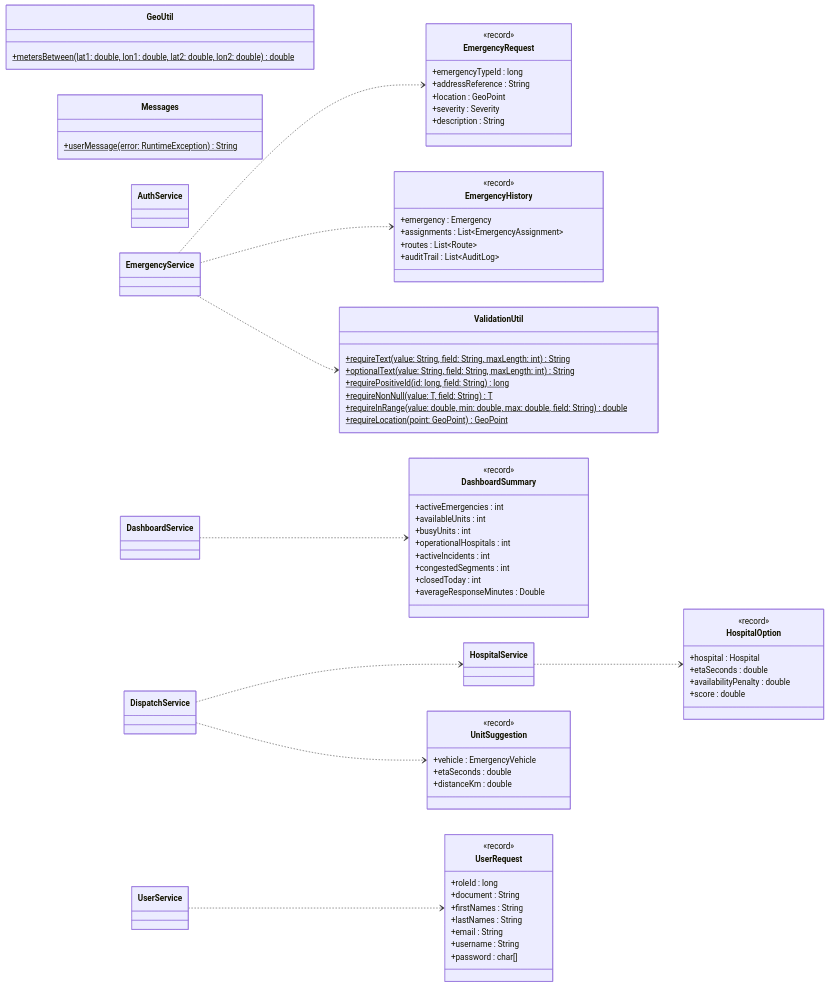
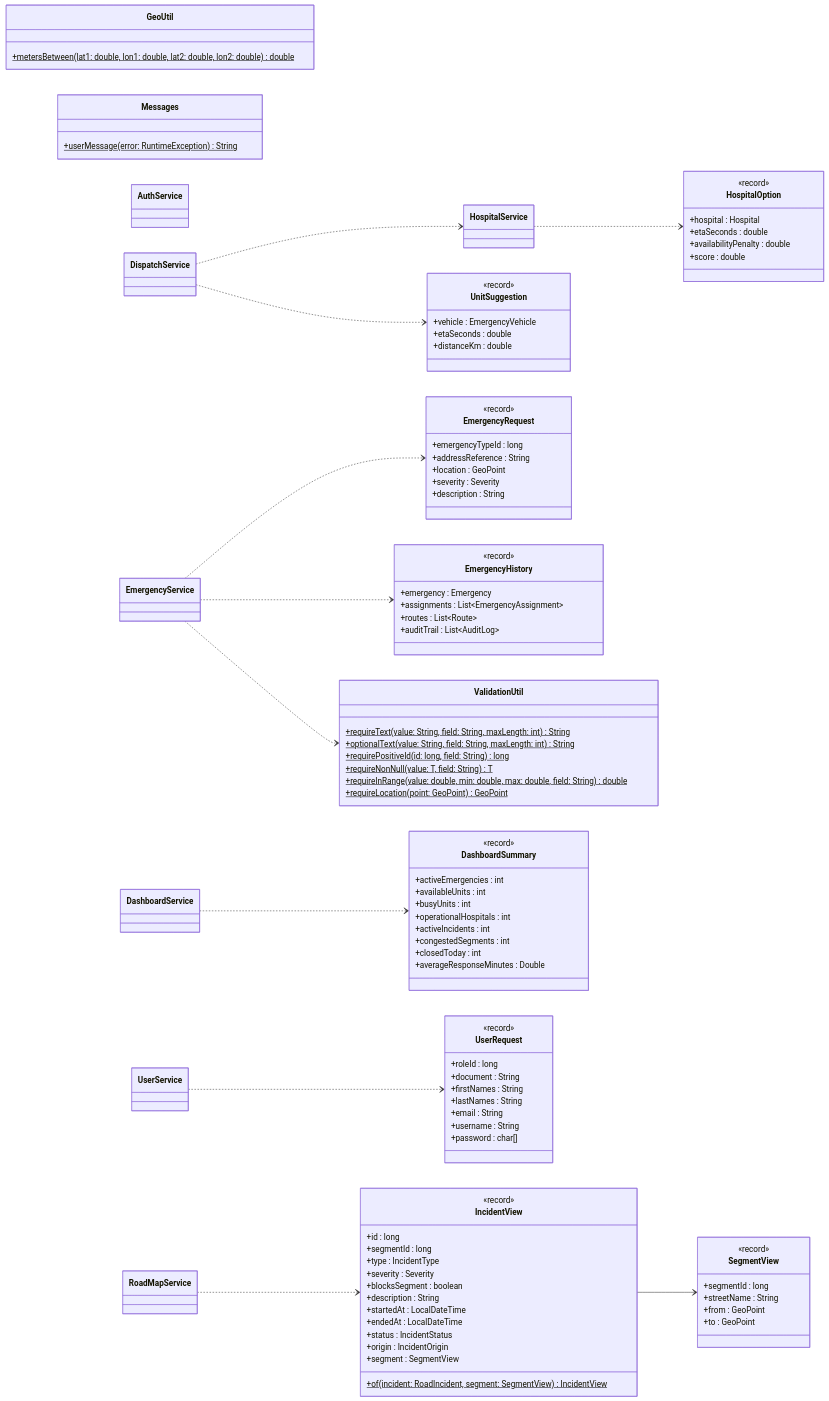
Before and after one commit to afzabaleta/RutaVida: diagram 16 of 24 in docs/class-diagram.md, drawn with Mermaid. The commit also changed other lines of this file and 11 other files, not shown here.

Commit message:
feature: add-road-map-views

````diff
--- a/docs/class-diagram.md
+++ b/docs/class-diagram.md
@@ -1165,6 +1181,28 @@
         +closedToday : int
         +averageResponseMinutes : Double
     }
+    class SegmentView {
+        <<record>>
+        +segmentId : long
+        +streetName : String
+        +from : GeoPoint
+        +to : GeoPoint
+    }
+    class IncidentView {
+        <<record>>
+        +id : long
+        +segmentId : long
+        +type : IncidentType
+        +severity : Severity
+        +blocksSegment : boolean
+        +description : String
+        +startedAt : LocalDateTime
+        +endedAt : LocalDateTime
+        +status : IncidentStatus
+        +origin : IncidentOrigin
+        +segment : SegmentView
+        +of(incident: RoadIncident, segment: SegmentView) IncidentView$
+    }
     class UserRequest {
         <<record>>
         +roleId : long
@@ -1208,6 +1246,8 @@
     DispatchService ..> UnitSuggestion
     HospitalService ..> HospitalOption
     DashboardService ..> DashboardSummary
+    RoadMapService ..> IncidentView
+    IncidentView --> SegmentView
     UserService ..> UserRequest
     EmergencyService ..> ValidationUtil
 ```
````
